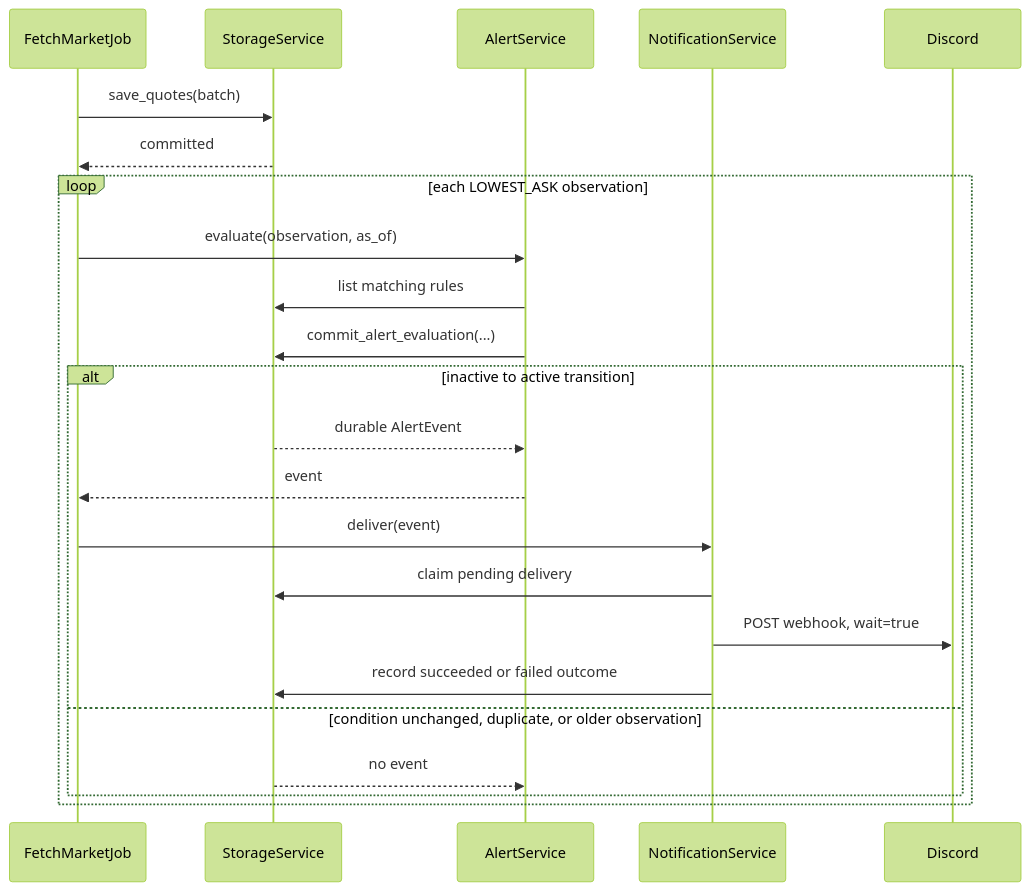
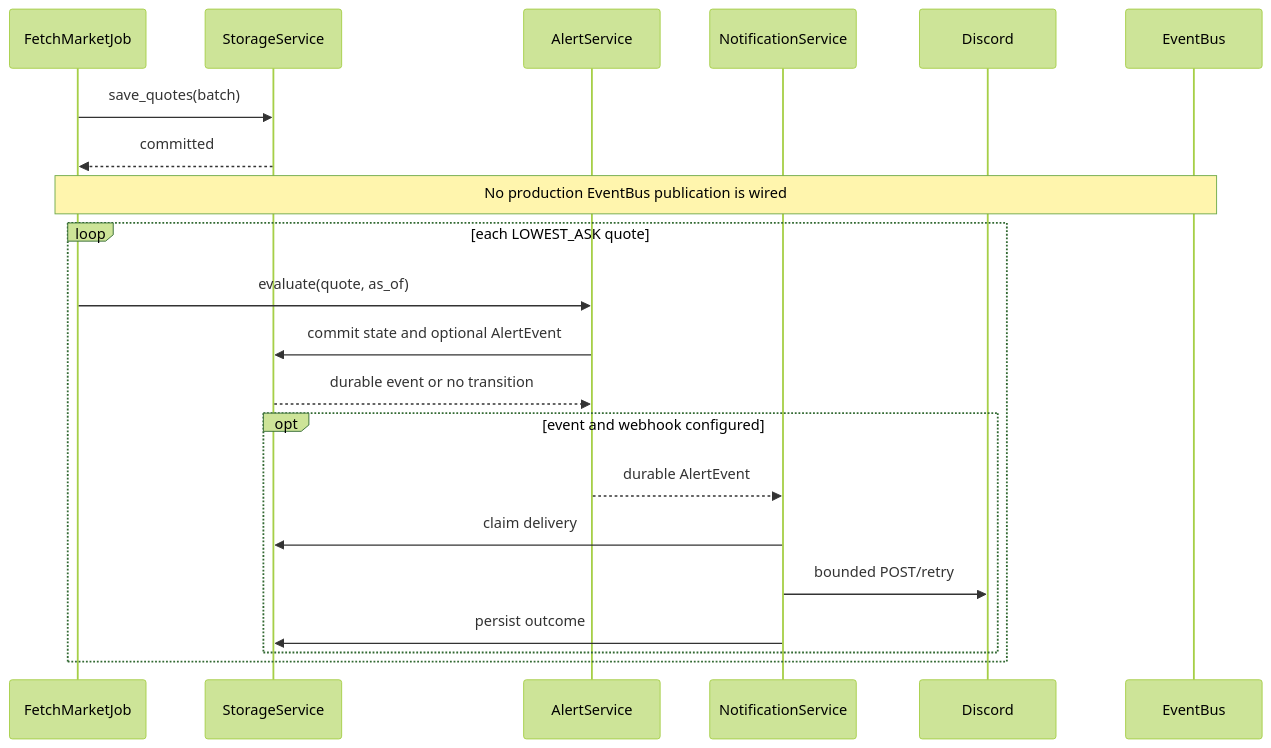
Before and after one commit to maciejL03/price-oracle: the fourth of 5 diagrams in README.md, drawn with Mermaid (forest theme). The commit also changed other lines of this file and 25 other files, not shown here.

````diff
--- a/README.md
+++ b/README.md
@@ -163,26 +110,24 @@
 ```mermaid
 sequenceDiagram
     participant F as FetchMarketJob
     participant DB as StorageService
     participant A as AlertService
     participant N as NotificationService
     participant D as Discord
+    participant E as EventBus
 
     F->>DB: save_quotes(batch)
     DB-->>F: committed
-    loop each LOWEST_ASK observation
-        F->>A: evaluate(observation, as_of)
-        A->>DB: list matching rules
-        A->>DB: commit_alert_evaluation(...)
-        alt inactive to active transition
-            DB-->>A: durable AlertEvent
-            A-->>F: event
-            F->>N: deliver(event)
-            N->>DB: claim pending delivery
-            N->>D: POST webhook, wait=true
-            N->>DB: record succeeded or failed outcome
-        else condition unchanged, duplicate, or older observation
-            DB-->>A: no event
+    Note over F,E: No production EventBus publication is wired
+    loop each LOWEST_ASK quote
+        F->>A: evaluate(quote, as_of)
+        A->>DB: commit state and optional AlertEvent
+        DB-->>A: durable event or no transition
+        opt event and webhook configured
+            A-->>N: durable AlertEvent
+            N->>DB: claim delivery
+            N->>D: bounded POST/retry
+            N->>DB: persist outcome
         end
     end
 ```
````
